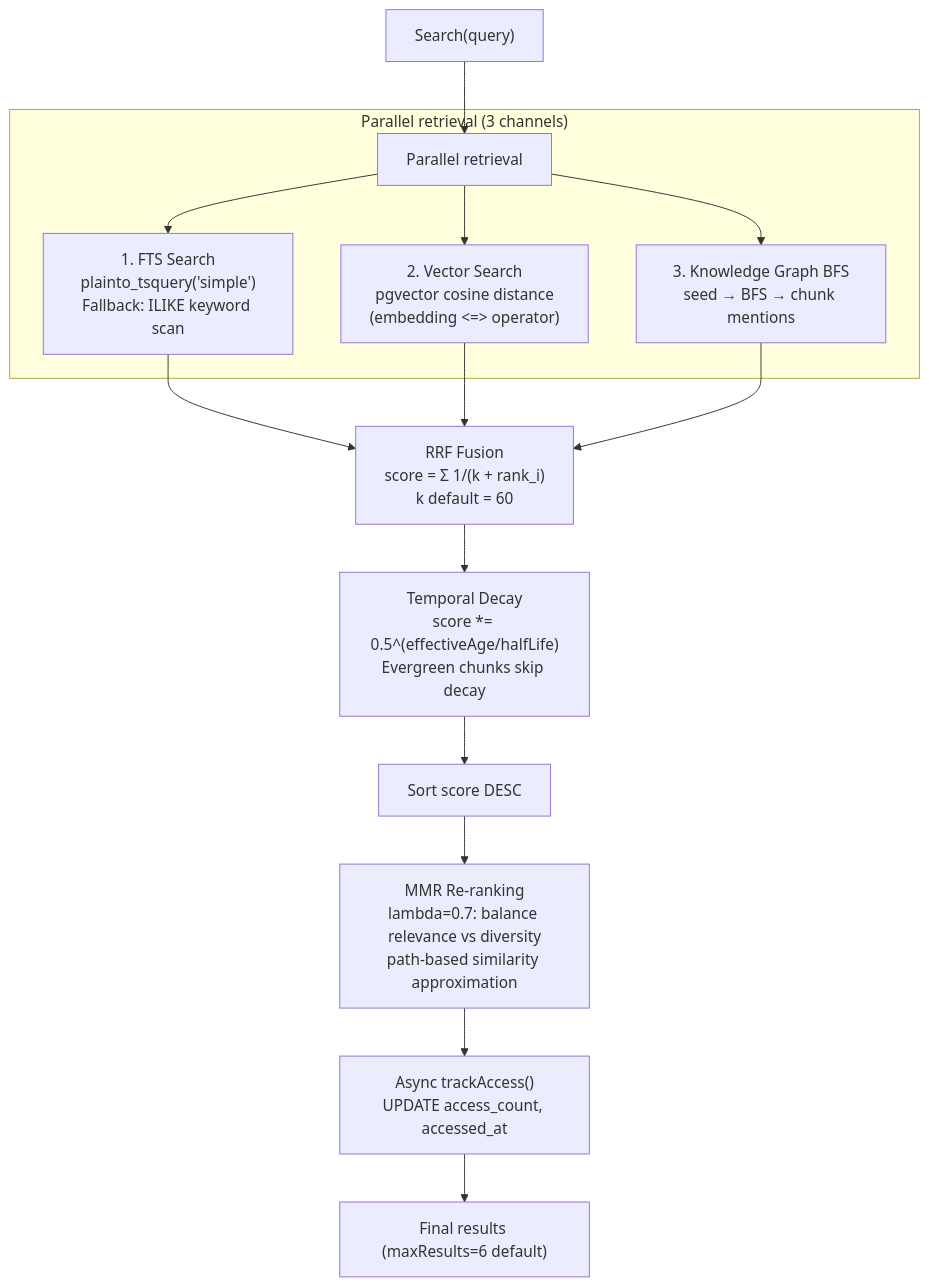
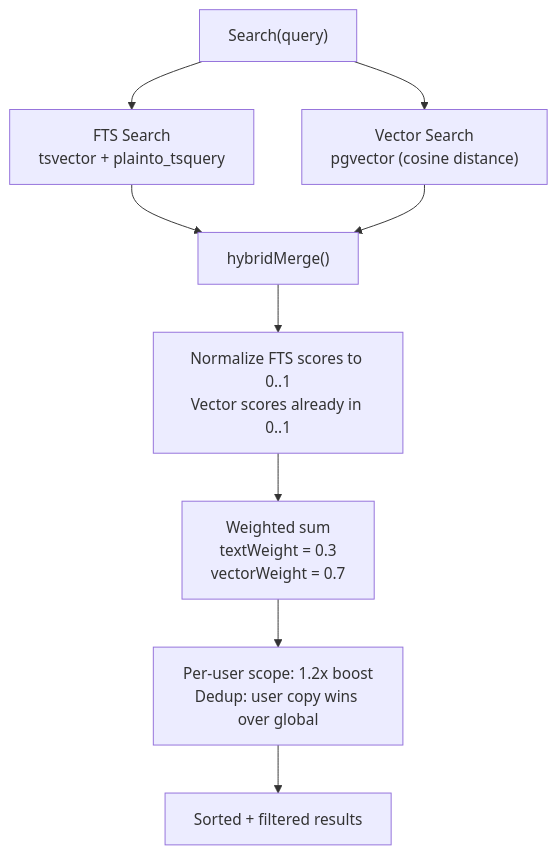
Diagram 12 of 13 in docs/07-bootstrap-skills-memory.md (jimnguyendev/goclaw), drawn with Mermaid before and after one commit. The commit also changed other lines of this file and 1 other file, not shown here.

First line of the commit message:
docs: rollback doc 07 to upstream, add doc 14 for tri-hybrid memory search

````diff
--- a/docs/07-bootstrap-skills-memory.md
+++ b/docs/07-bootstrap-skills-memory.md
@@ -407,20 +408,11 @@
 ```mermaid
 flowchart TD
-    Q["Search(query)"] --> PAR["Parallel retrieval"]
-
-    subgraph "Parallel retrieval (3 channels)"
-        PAR --> FTS["1. FTS Search<br/>plainto_tsquery('simple')<br/>Fallback: ILIKE keyword scan"]
-        PAR --> VEC["2. Vector Search<br/>pgvector cosine distance<br/>(embedding <=> operator)"]
-        PAR --> KG["3. Knowledge Graph BFS<br/>seed → BFS → chunk mentions"]
-    end
-
-    FTS --> RRF["RRF Fusion<br/>score = Σ 1/(k + rank_i)<br/>k default = 60"]
-    VEC --> RRF
-    KG --> RRF
-
-    RRF --> DECAY["Temporal Decay<br/>score *= 0.5^(effectiveAge/halfLife)<br/>Evergreen chunks skip decay"]
-    DECAY --> SORT["Sort score DESC"]
-    SORT --> MMR["MMR Re-ranking<br/>lambda=0.7: balance relevance vs diversity<br/>path-based similarity approximation"]
-    MMR --> TRACK["Async trackAccess()<br/>UPDATE access_count, accessed_at"]
-    TRACK --> OUT["Final results (maxResults=6 default)"]
+    Q["Search(query)"] --> FTS["FTS Search<br/>tsvector + plainto_tsquery"]
+    Q --> VEC["Vector Search<br/>pgvector (cosine distance)"]
+    FTS --> MERGE["hybridMerge()"]
+    VEC --> MERGE
+    MERGE --> NORM["Normalize FTS scores to 0..1<br/>Vector scores already in 0..1"]
+    NORM --> WEIGHT["Weighted sum<br/>textWeight = 0.3<br/>vectorWeight = 0.7"]
+    WEIGHT --> BOOST["Per-user scope: 1.2x boost<br/>Dedup: user copy wins over global"]
+    BOOST --> RESULT["Sorted + filtered results"]
 ```
````
